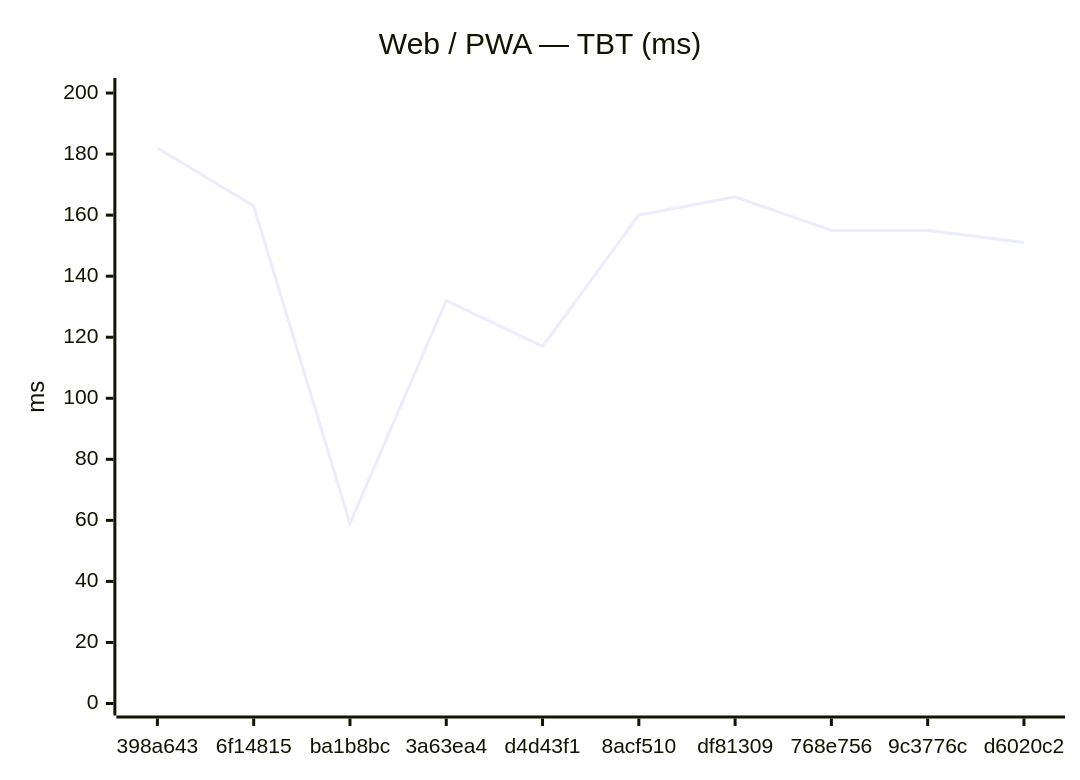
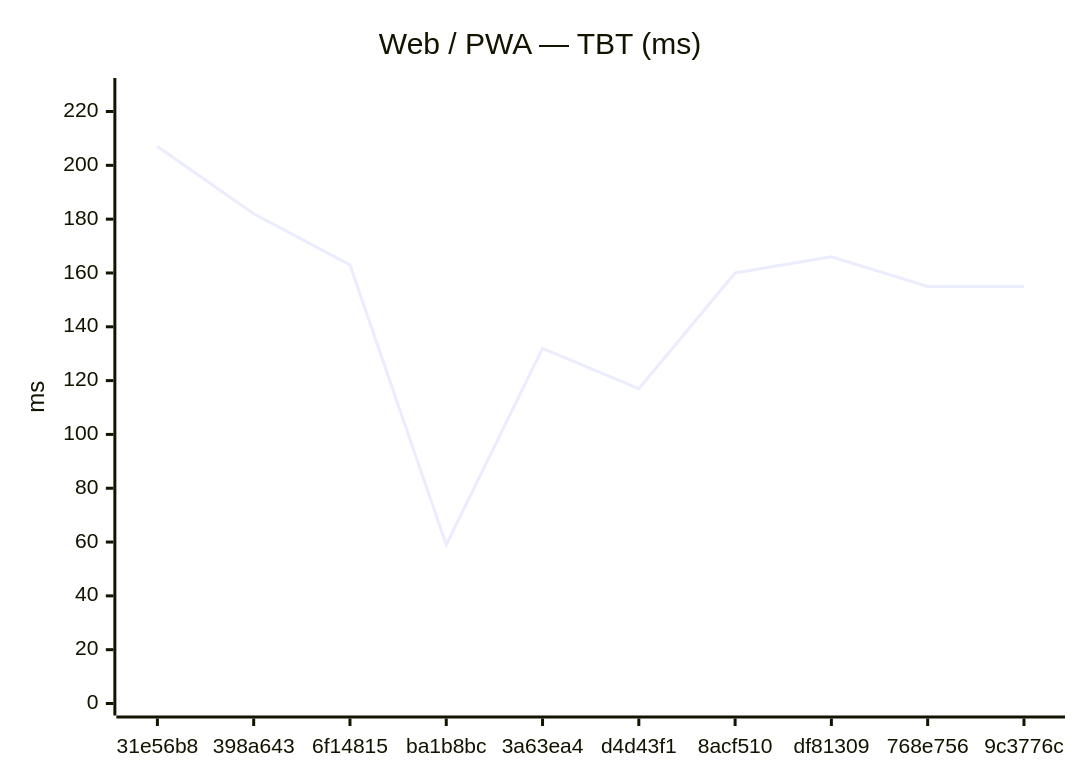
The second of 18 diagrams in benchmarks/compare.md (Metaheurist/Rianell), drawn with Mermaid before and after one commit. The commit also changed other lines of this file and 11 other files, not shown here.

````diff
--- a/benchmarks/compare.md
+++ b/benchmarks/compare.md
@@ -31,7 +31,7 @@
 ```mermaid
 xychart-beta
     title "Web / PWA — TBT (ms)"
-    x-axis ["398a643", "6f14815", "ba1b8bc", "3a63ea4", "d4d43f1", "8acf510", "df81309", "768e756", "9c3776c", "d6020c2"]
-    y-axis "ms" 0 --> 201
-    line [182, 163, 59, 132, 117, 160, 166, 155, 155, 151]
+    x-axis ["31e56b8", "398a643", "6f14815", "ba1b8bc", "3a63ea4", "d4d43f1", "8acf510", "df81309", "768e756", "9c3776c"]
+    y-axis "ms" 0 --> 228
+    line [207, 182, 163, 59, 132, 117, 160, 166, 155, 155]
 ```
````
